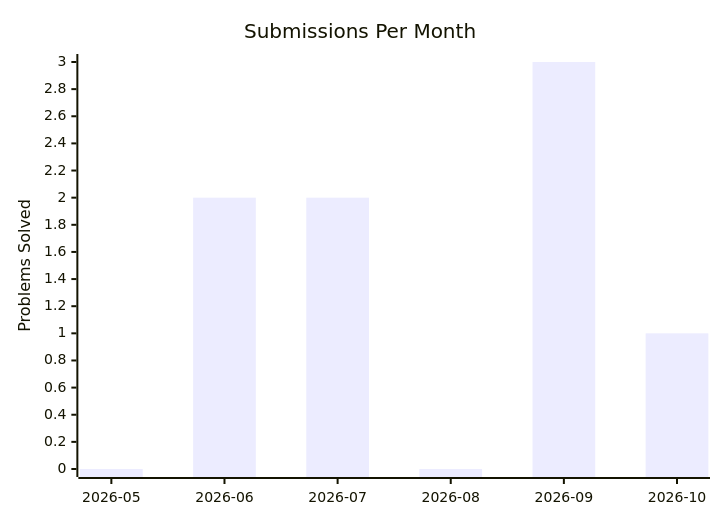
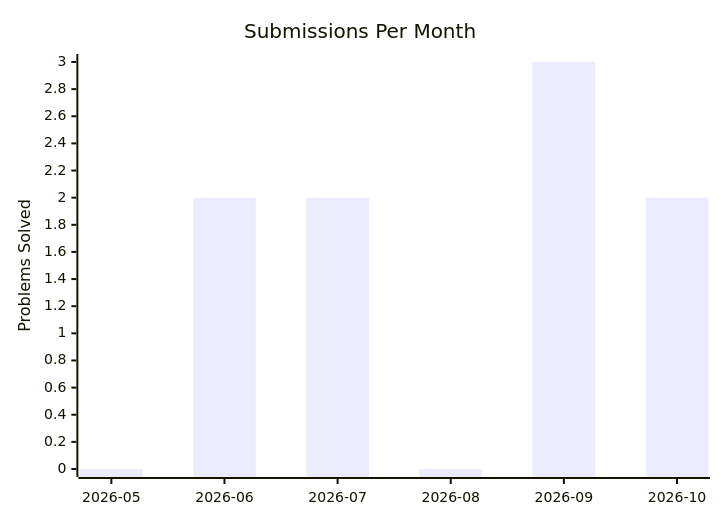
Before and after one commit to kanishk-procoder/leetcode-grind: the second of 2 diagrams in PROGRESS.md, drawn with Mermaid. The commit also changed other lines of this file and 4 other files, not shown here.

````diff
--- a/PROGRESS.md
+++ b/PROGRESS.md
@@ -12,7 +12,7 @@
 ```mermaid
 xychart-beta
     title "Submissions Per Month"
     x-axis ["2026-05", "2026-06", "2026-07", "2026-08", "2026-09", "2026-10"]
     y-axis "Problems Solved" 0 --> 3
-    bar [0, 2, 2, 0, 3, 1]
+    bar [0, 2, 2, 0, 3, 2]
 ```
````
